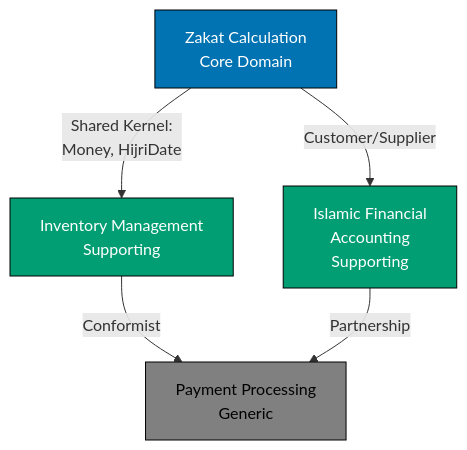
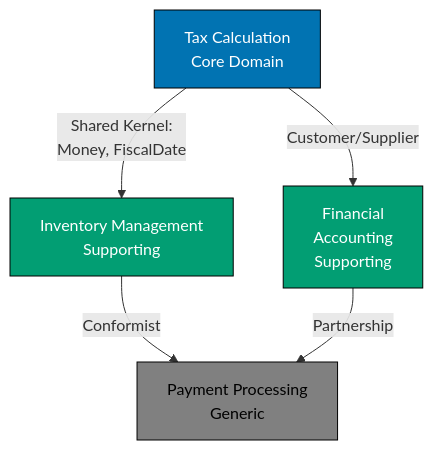
Before and after one commit to wahidyankf/open-sharia-enterprise: the diagram in docs/explanation/software/architecture/domain-driven-design-ddd/README.md, drawn with Mermaid. The commit also changed other lines of this file and 94 other files, not shown here.

````diff
--- a/docs/explanation/software/architecture/domain-driven-design-ddd/README.md
+++ b/docs/explanation/software/architecture/domain-driven-design-ddd/README.md
@@ -272,17 +272,17 @@
 ```mermaid
 graph TD
-    ZC[Zakat Calculation<br/>Core Domain]
+    TC[Tax Calculation<br/>Core Domain]
     IM[Inventory Management<br/>Supporting]
-    IFA[Islamic Financial<br/>Accounting<br/>Supporting]
+    FA[Financial<br/>Accounting<br/>Supporting]
     PAY[Payment Processing<br/>Generic]
 
-    ZC -->|"Shared Kernel:<br/>Money, HijriDate"| IM
-    ZC -->|"Customer/Supplier"| IFA
+    TC -->|"Shared Kernel:<br/>Money, FiscalDate"| IM
+    TC -->|"Customer/Supplier"| FA
     IM -->|"Conformist"| PAY
-    IFA -->|"Partnership"| PAY
+    FA -->|"Partnership"| PAY
 
-    style ZC fill:#0173B2,stroke:#000,color:#FFFFFF
+    style TC fill:#0173B2,stroke:#000,color:#FFFFFF
     style IM fill:#029E73,stroke:#000,color:#FFFFFF
-    style IFA fill:#029E73,stroke:#000,color:#FFFFFF
+    style FA fill:#029E73,stroke:#000,color:#FFFFFF
     style PAY fill:#808080,stroke:#000,color:#000000
 ```
````
